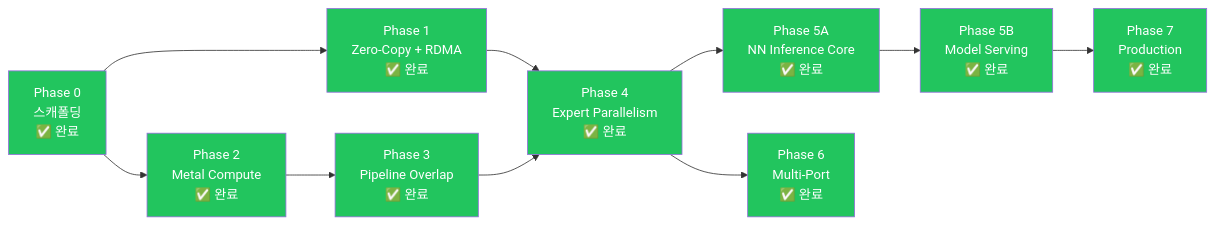
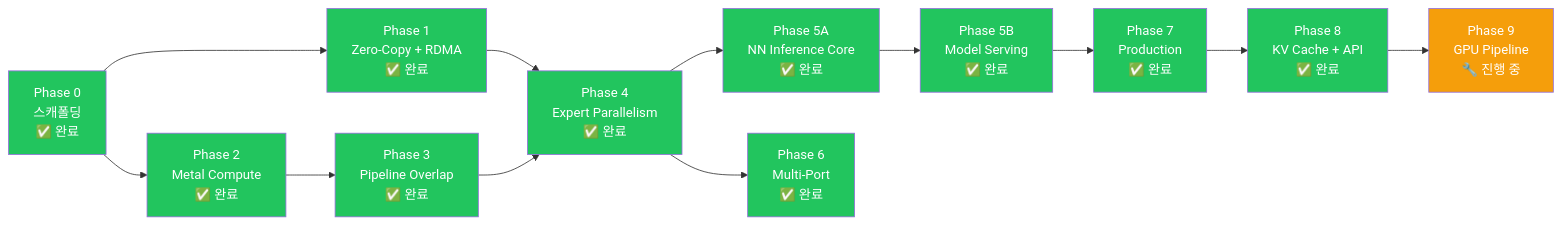
Before and after one commit to 0xDaizz/RMLX: the diagram in docs/roadmap/phases_ko.md, drawn with Mermaid. The commit also changed other lines of this file and 6 other files, not shown here.

````diff
--- a/docs/roadmap/phases_ko.md
+++ b/docs/roadmap/phases_ko.md
@@ -49,32 +55,38 @@
 ```mermaid
 graph LR
     P0["Phase 0<br/>스캐폴딩<br/>✅ 완료"]
     P1["Phase 1<br/>Zero-Copy + RDMA<br/>✅ 완료"]
     P2["Phase 2<br/>Metal Compute<br/>✅ 완료"]
     P3["Phase 3<br/>Pipeline Overlap<br/>✅ 완료"]
     P4["Phase 4<br/>Expert Parallelism<br/>✅ 완료"]
     P5A["Phase 5A<br/>NN Inference Core<br/>✅ 완료"]
     P5B["Phase 5B<br/>Model Serving<br/>✅ 완료"]
     P6["Phase 6<br/>Multi-Port<br/>✅ 완료"]
     P7["Phase 7<br/>Production<br/>✅ 완료"]
+    P8["Phase 8<br/>KV Cache + API<br/>✅ 완료"]
+    P9["Phase 9<br/>GPU Pipeline<br/>🔧 진행 중"]
 
     P0 --> P1
     P0 --> P2
     P2 --> P3
     P1 --> P4
     P3 --> P4
     P4 --> P5A
     P5A --> P5B
     P4 --> P6
     P5B --> P7
+    P7 --> P8
+    P8 --> P9
 
     style P0 fill:#22c55e,color:#fff
     style P1 fill:#22c55e,color:#fff
     style P2 fill:#22c55e,color:#fff
     style P3 fill:#22c55e,color:#fff
     style P4 fill:#22c55e,color:#fff
     style P5A fill:#22c55e,color:#fff
     style P5B fill:#22c55e,color:#fff
     style P6 fill:#22c55e,color:#fff
     style P7 fill:#22c55e,color:#fff
+    style P8 fill:#22c55e,color:#fff
+    style P9 fill:#f59e0b,color:#fff
 ```
````
